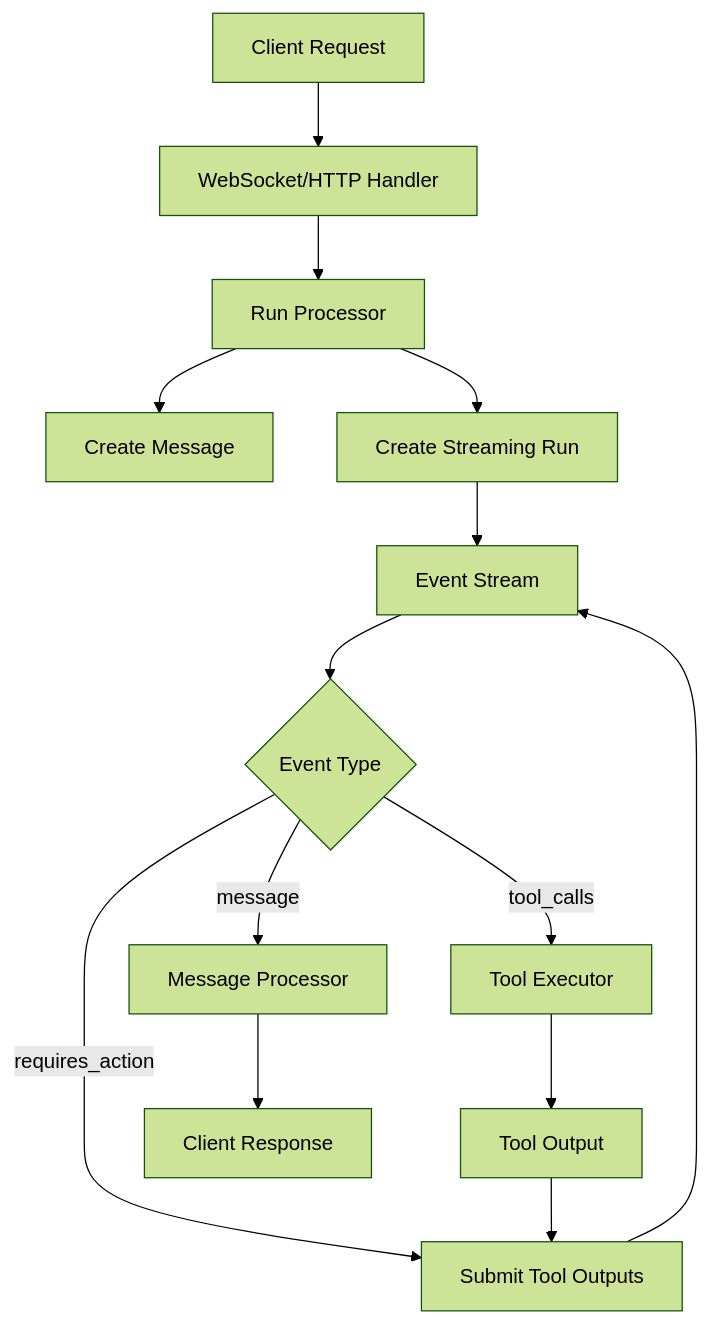
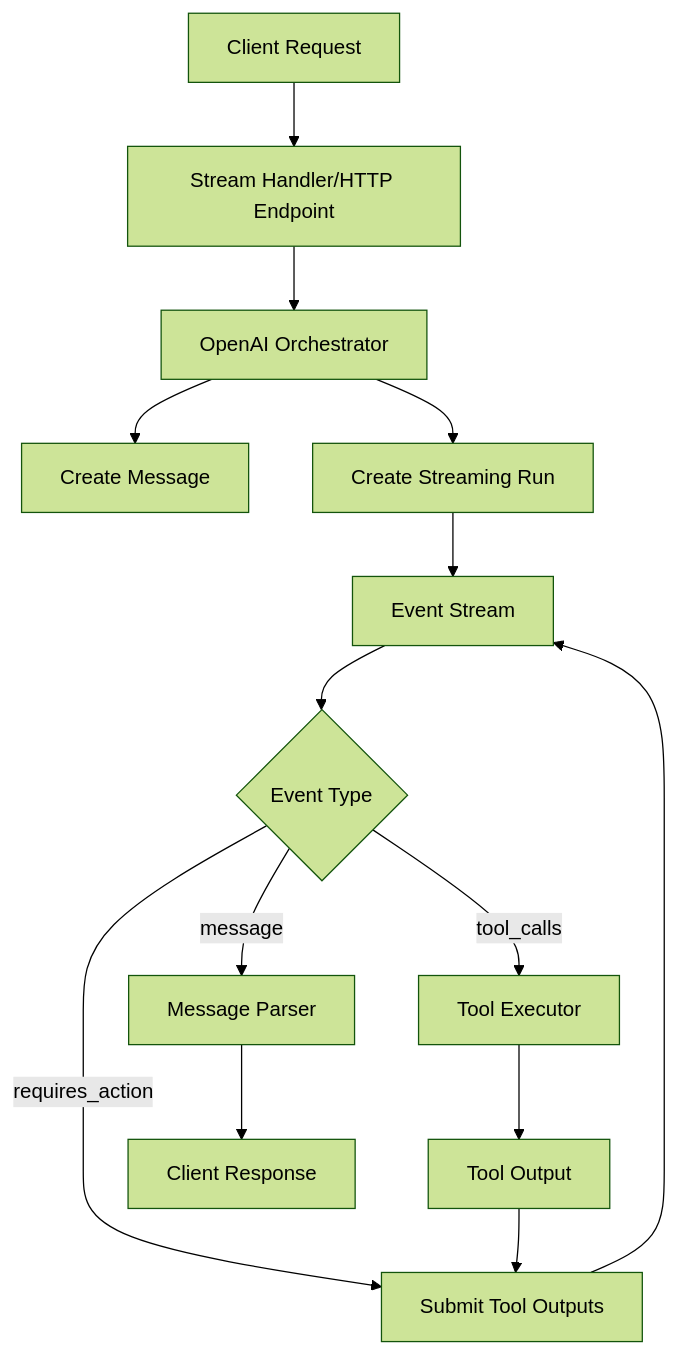
One commit to ai-enhanced-engineer/assistant-service changed the diagram in assistant_service/processors/README.md. Above: the diagram before and after it, drawn with Mermaid (forest theme). The commit also changed other lines of this file and 14 other files, not shown here.

````diff
--- a/assistant_service/processors/README.md
+++ b/assistant_service/processors/README.md
@@ -156,16 +156,16 @@
 ```mermaid
 graph TD
-    A[Client Request] --> B[WebSocket/HTTP Handler]
-    B --> C[Run Processor]
+    A[Client Request] --> B[Stream Handler/HTTP Endpoint]
+    B --> C[OpenAI Orchestrator]
     C --> D[Create Message]
     C --> E[Create Streaming Run]
     E --> F[Event Stream]
     F --> G{Event Type}
     G -->|tool_calls| H[Tool Executor]
-    G -->|message| I[Message Processor]
+    G -->|message| I[Message Parser]
     G -->|requires_action| J[Submit Tool Outputs]
     H --> K[Tool Output]
     K --> J
     J --> F
     I --> L[Client Response]
 ```
````
